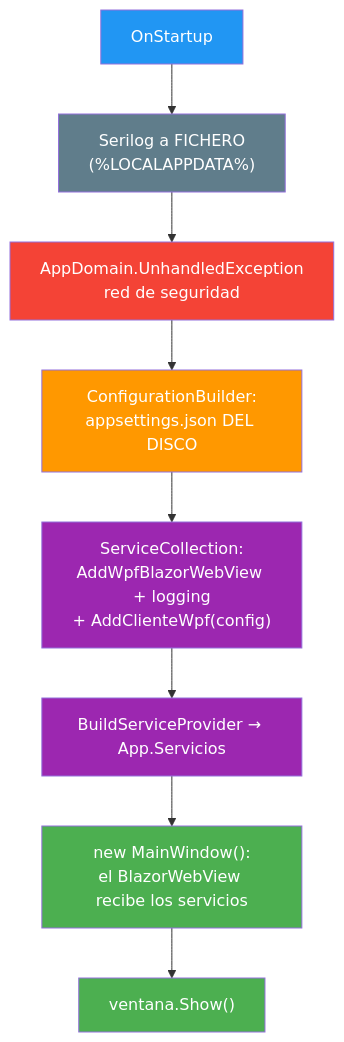
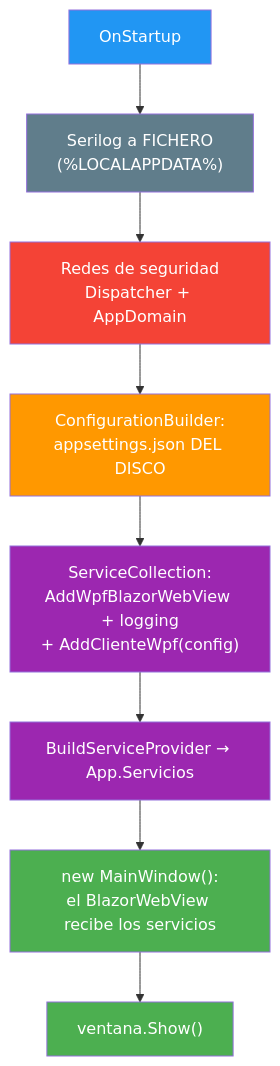
One commit to joseluisgs/AulaChatNet changed the first of 4 diagrams in docs/12-cliente-escritorio.md. Above: the diagram before and after it, drawn with Mermaid. The commit also changed other lines of this file and 11 other files, not shown here.

````diff
--- a/docs/12-cliente-escritorio.md
+++ b/docs/12-cliente-escritorio.md
@@ -163,19 +184,19 @@
 ```mermaid
 flowchart TD
     A["OnStartup"] --> B["Serilog a FICHERO<br/>(%LOCALAPPDATA%)"]
-    B --> C["AppDomain.UnhandledException<br/>red de seguridad"]
+    B --> C["Redes de seguridad<br/>Dispatcher + AppDomain"]
     C --> D["ConfigurationBuilder:<br/>appsettings.json DEL DISCO"]
     D --> E["ServiceCollection:<br/>AddWpfBlazorWebView + logging<br/>+ AddClienteWpf(config)"]
     E --> F["BuildServiceProvider → App.Servicios"]
     F --> G["new MainWindow():<br/>el BlazorWebView recibe los servicios"]
     G --> H["ventana.Show()"]
 
     style A fill:#2196F3,color:#fff
     style B fill:#607D8B,color:#fff
     style C fill:#f44336,color:#fff
     style D fill:#FF9800,color:#fff
     style E fill:#9C27B0,color:#fff
     style F fill:#9C27B0,color:#fff
     style G fill:#4CAF50,color:#fff
     style H fill:#4CAF50,color:#fff
 ```
````
